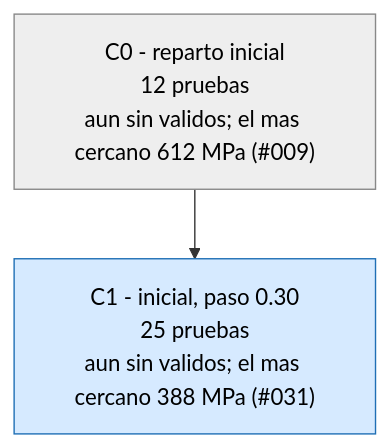
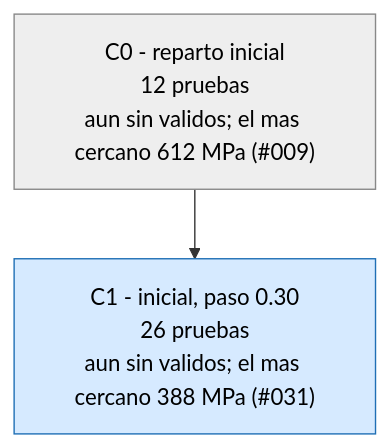
The third of 3 diagrams in runs/opt_37800N/ARBOL.md (Hugiko/msd-soporte-optimizacion), drawn with Mermaid before and after one commit. The commit also changed 19 other files, not shown here.

````diff
--- a/runs/opt_37800N/ARBOL.md
+++ b/runs/opt_37800N/ARBOL.md
@@ -37,9 +37,9 @@
 ```mermaid
 graph TD
 classDef activa fill:#d6eaff,stroke:#1f6fb5,color:#000
 classDef fin fill:#eeeeee,stroke:#888,color:#000
 classDef mejor fill:#c8f0c0,stroke:#1a9850,stroke-width:4px,color:#000
 C0["C0 - reparto inicial<br/>12 pruebas<br/>aun sin validos; el mas cercano 612 MPa (#009)"]:::fin
-C1["C1 - inicial, paso 0.30<br/>25 pruebas<br/>aun sin validos; el mas cercano 388 MPa (#031)"]:::activa
+C1["C1 - inicial, paso 0.30<br/>26 pruebas<br/>aun sin validos; el mas cercano 388 MPa (#031)"]:::activa
 C0 --> C1
 ```
````
